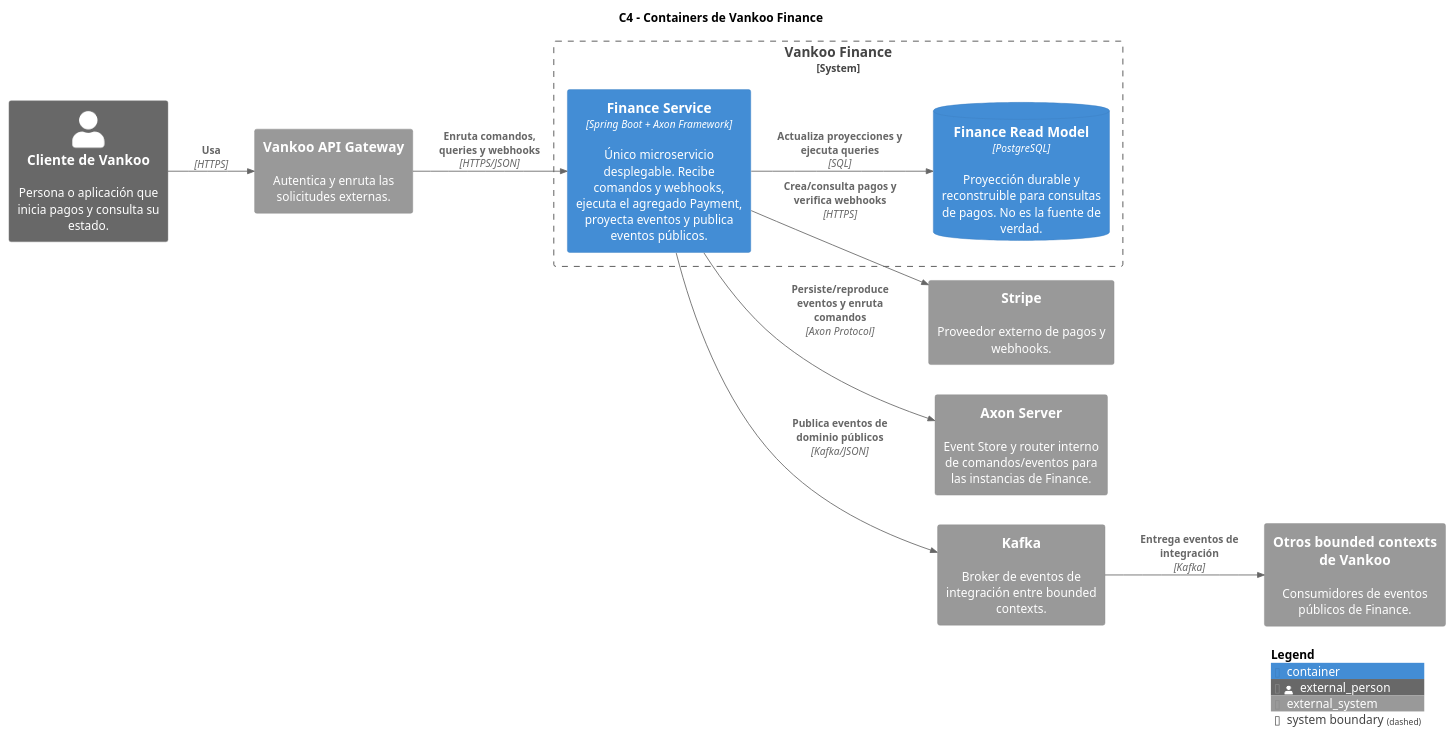
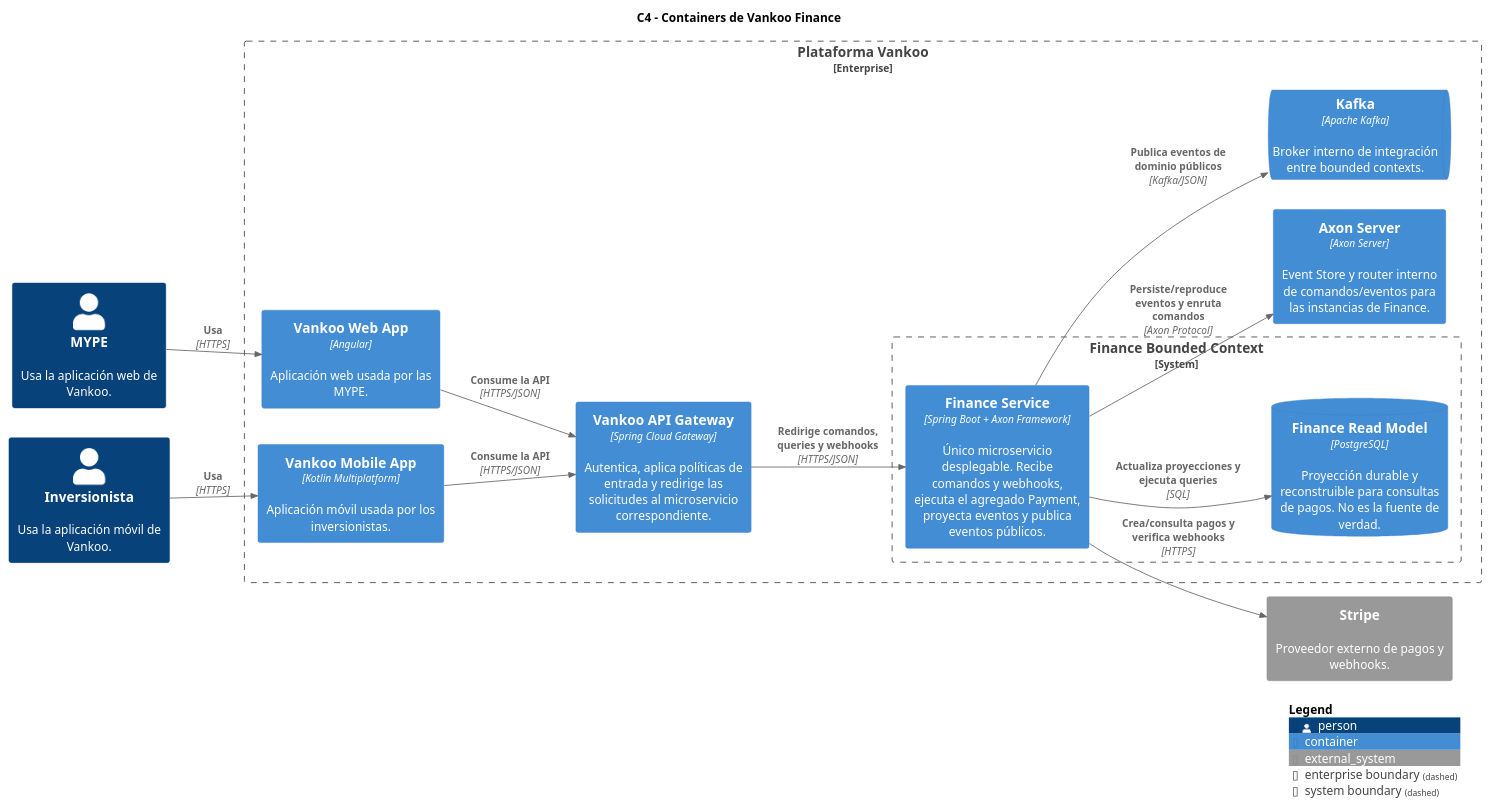
The diagram in docs/diagrams/finance-c4-containers.puml (liquilabshq/vankoo-finance-service), drawn with PlantUML before and after one commit. The commit also changed 2 other files, not shown here.

Commit message:
docs(finance): correct C4 platform topology diagrams

```diff
--- a/docs/diagrams/finance-c4-containers.puml
+++ b/docs/diagrams/finance-c4-containers.puml
@@ -1,32 +1,41 @@
 @startuml finance-c4-containers
 
 !include https://raw.githubusercontent.com/plantuml-stdlib/C4-PlantUML/master/C4_Container.puml
 
 LAYOUT_LEFT_RIGHT()
 LAYOUT_WITH_LEGEND()
 
 title C4 - Containers de Vankoo Finance
 
-Person_Ext(client, "Cliente de Vankoo", "Persona o aplicación que inicia pagos y consulta su estado.")
-System_Ext(api_gateway, "Vankoo API Gateway", "Autentica y enruta las solicitudes externas.")
+Person(mype, "MYPE", "Usa la aplicación web de Vankoo.")
+Person(investor, "Inversionista", "Usa la aplicación móvil de Vankoo.")
+
 System_Ext(stripe, "Stripe", "Proveedor externo de pagos y webhooks.")
-System_Ext(axon_server, "Axon Server", "Event Store y router interno de comandos/eventos para las instancias de Finance.")
-System_Ext(kafka, "Kafka", "Broker de eventos de integración entre bounded contexts.")
-System_Ext(other_contexts, "Otros bounded contexts de Vankoo", "Consumidores de eventos públicos de Finance.")
 
-System_Boundary(finance_system, "Vankoo Finance") {
-    Container(finance_service, "Finance Service", "Spring Boot + Axon Framework", "Único microservicio desplegable. Recibe comandos y webhooks, ejecuta el agregado Payment, proyecta eventos y publica eventos públicos.")
-    ContainerDb(read_model, "Finance Read Model", "PostgreSQL", "Proyección durable y reconstruible para consultas de pagos. No es la fuente de verdad.")
+Enterprise_Boundary(vankoo, "Plataforma Vankoo") {
+    Container(web_app, "Vankoo Web App", "Angular", "Aplicación web usada por las MYPE.")
+    Container(mobile_app, "Vankoo Mobile App", "Kotlin Multiplatform", "Aplicación móvil usada por los inversionistas.")
+    Container(api_gateway, "Vankoo API Gateway", "Spring Cloud Gateway", "Autentica, aplica políticas de entrada y redirige las solicitudes al microservicio correspondiente.")
+
+    System_Boundary(finance_system, "Finance Bounded Context") {
+        Container(finance_service, "Finance Service", "Spring Boot + Axon Framework", "Único microservicio desplegable. Recibe comandos y webhooks, ejecuta el agregado Payment, proyecta eventos y publica eventos públicos.")
+        ContainerDb(read_model, "Finance Read Model", "PostgreSQL", "Proyección durable y reconstruible para consultas de pagos. No es la fuente de verdad.")
+    }
+
+    Container(axon_server, "Axon Server", "Axon Server", "Event Store y router interno de comandos/eventos para las instancias de Finance.")
+    ContainerQueue(kafka, "Kafka", "Apache Kafka", "Broker interno de integración entre bounded contexts.")
 }
 
-Rel(client, api_gateway, "Usa", "HTTPS")
-Rel(api_gateway, finance_service, "Enruta comandos, queries y webhooks", "HTTPS/JSON")
+Rel(mype, web_app, "Usa", "HTTPS")
+Rel(investor, mobile_app, "Usa", "HTTPS")
+Rel(web_app, api_gateway, "Consume la API", "HTTPS/JSON")
+Rel(mobile_app, api_gateway, "Consume la API", "HTTPS/JSON")
+Rel(api_gateway, finance_service, "Redirige comandos, queries y webhooks", "HTTPS/JSON")
 Rel(finance_service, axon_server, "Persiste/reproduce eventos y enruta comandos", "Axon Protocol")
 Rel(finance_service, read_model, "Actualiza proyecciones y ejecuta queries", "SQL")
 Rel(finance_service, stripe, "Crea/consulta pagos y verifica webhooks", "HTTPS")
 Rel(finance_service, kafka, "Publica eventos de dominio públicos", "Kafka/JSON")
-Rel(kafka, other_contexts, "Entrega eventos de integración", "Kafka")
 
 SHOW_LEGEND()
 
 @enduml
```
